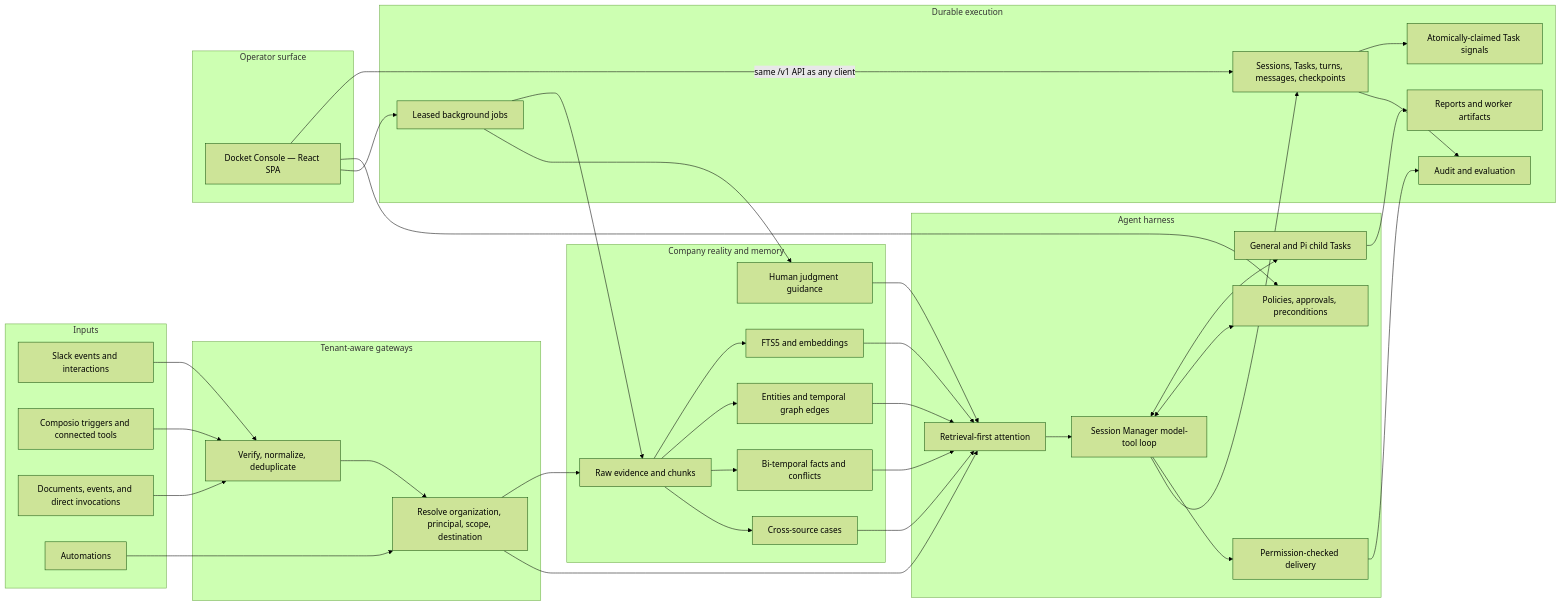
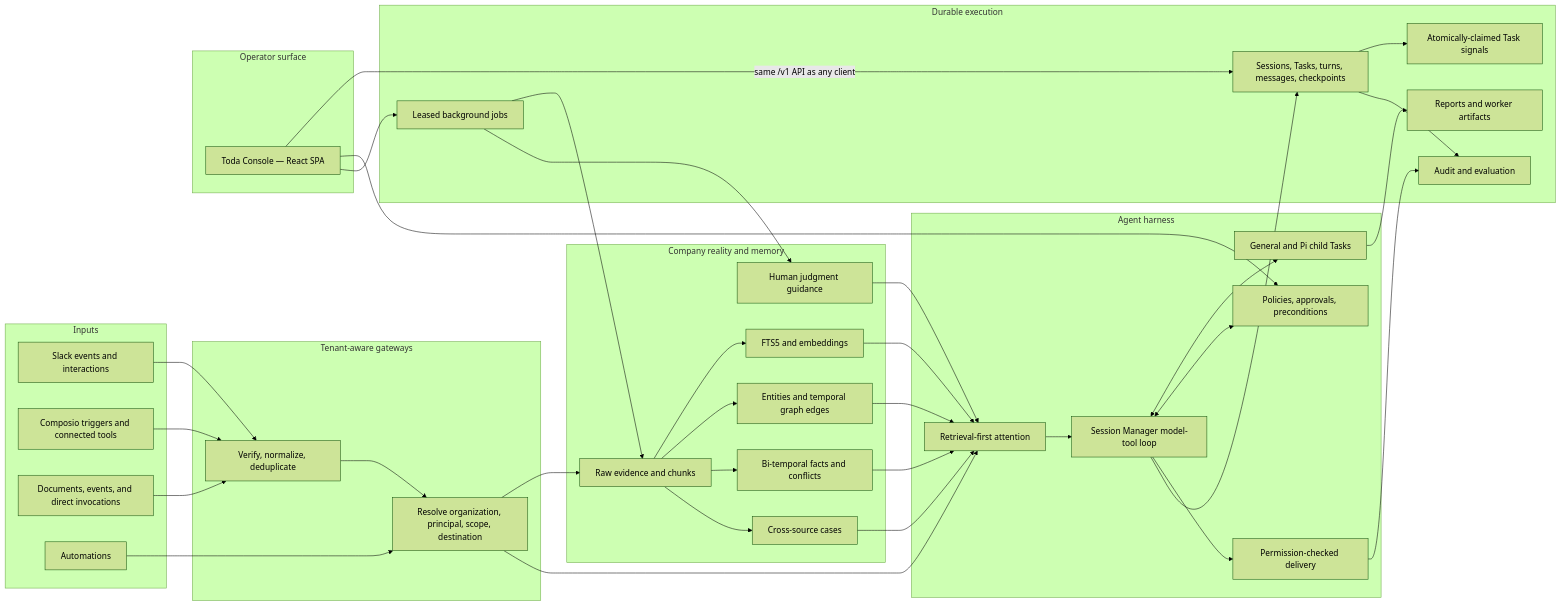
Before and after one commit to AjayK47/fellow: the diagram in README.md, drawn with Mermaid (forest theme). The commit also changed other lines of this file and 379 other files, not shown here.

Commit message:
checkpoint: rename Toda and document harness architecture

````diff
--- a/README.md
+++ b/README.md
@@ -20,75 +77,75 @@
 ```mermaid
 flowchart LR
     subgraph Inputs
         Slack["Slack events and interactions"]
         Composio["Composio triggers and connected tools"]
         API["Documents, events, and direct invocations"]
         Schedule["Automations"]
     end
 
     subgraph Gateway["Tenant-aware gateways"]
         Verify["Verify, normalize, deduplicate"]
         Route["Resolve organization, principal, scope, destination"]
     end
 
     subgraph Knowledge["Company reality and memory"]
         Evidence["Raw evidence and chunks"]
         Vectors["FTS5 and embeddings"]
         Graph["Entities and temporal graph edges"]
         Facts["Bi-temporal facts and conflicts"]
         Cases["Cross-source cases"]
         Judgment["Human judgment guidance"]
     end
 
     subgraph Harness["Agent harness"]
         Attention["Retrieval-first attention"]
         Main["Session Manager model-tool loop"]
         ChildTasks["General and Pi child Tasks"]
         Policy["Policies, approvals, preconditions"]
         Delivery["Permission-checked delivery"]
     end
 
     subgraph Durable["Durable execution"]
         Tasks["Sessions, Tasks, turns, messages, checkpoints"]
         Signals["Atomically-claimed Task signals"]
         Jobs["Leased background jobs"]
         Artifacts["Reports and worker artifacts"]
         Audit["Audit and evaluation"]
     end
 
     subgraph Operate["Operator surface"]
-        Console["Docket Console — React SPA"]
+        Console["Toda Console — React SPA"]
     end
 
     Console -->|same /v1 API as any client| Tasks
     Console --> Policy
     Console --> Jobs
     Tasks --> Signals
 
     Slack --> Verify
     Composio --> Verify
     API --> Verify
     Schedule --> Route
     Verify --> Route
     Route --> Evidence
     Evidence --> Vectors
     Evidence --> Graph
     Evidence --> Facts
     Evidence --> Cases
     Route --> Attention
     Vectors --> Attention
     Graph --> Attention
     Facts --> Attention
     Cases --> Attention
     Judgment --> Attention
     Attention --> Main
     Main <--> ChildTasks
     Main <--> Policy
     Main --> Delivery
     Main --> Tasks
     ChildTasks --> Artifacts
     Jobs --> Evidence
     Jobs --> Judgment
     Tasks --> Audit
     Delivery --> Audit
 ```
````
